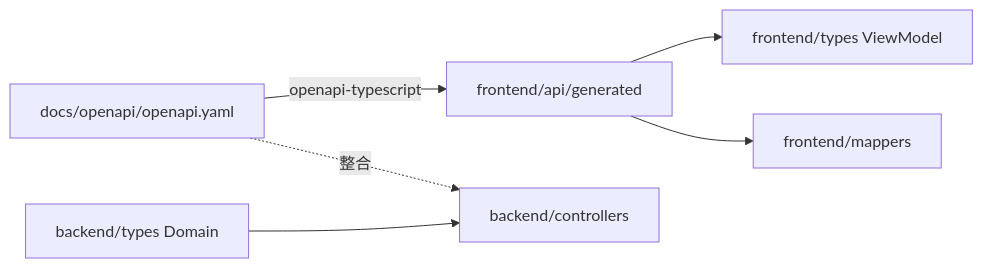
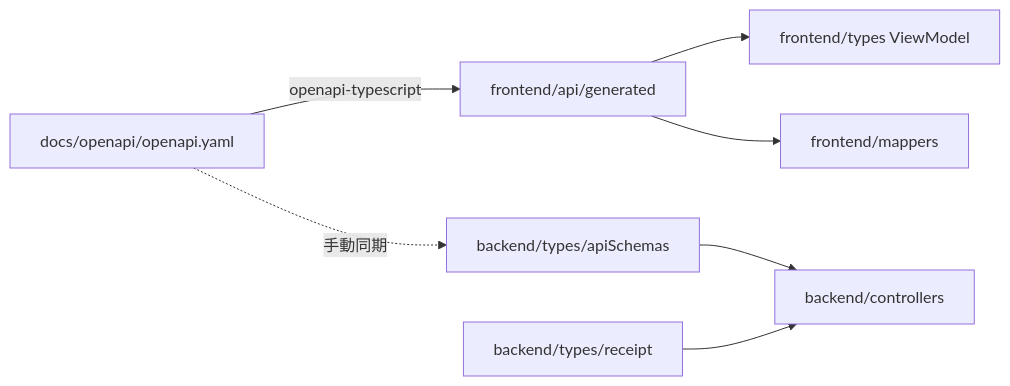
Before and after one commit to yama180sx/receipt-ai-app: the third of 5 diagrams in docs/design/architecture.md, drawn with Mermaid. The commit also changed other lines of this file and 8 other files, not shown here.

````diff
--- a/docs/design/architecture.md
+++ b/docs/design/architecture.md
@@ -203,15 +203,17 @@
 ```mermaid
 flowchart LR
   OAS[docs/openapi/openapi.yaml]
   GEN[frontend/api/generated]
   FET[frontend/types ViewModel]
   MAP[frontend/mappers]
+  APISCH[backend/types/apiSchemas]
   CTRL[backend/controllers]
-  DOM[backend/types Domain]
+  DOM[backend/types/receipt]
 
   OAS -->|openapi-typescript| GEN
   GEN --> FET
   GEN --> MAP
-  OAS -.->|整合| CTRL
+  OAS -.->|手動同期| APISCH
+  APISCH --> CTRL
   DOM --> CTRL
 ```
````
